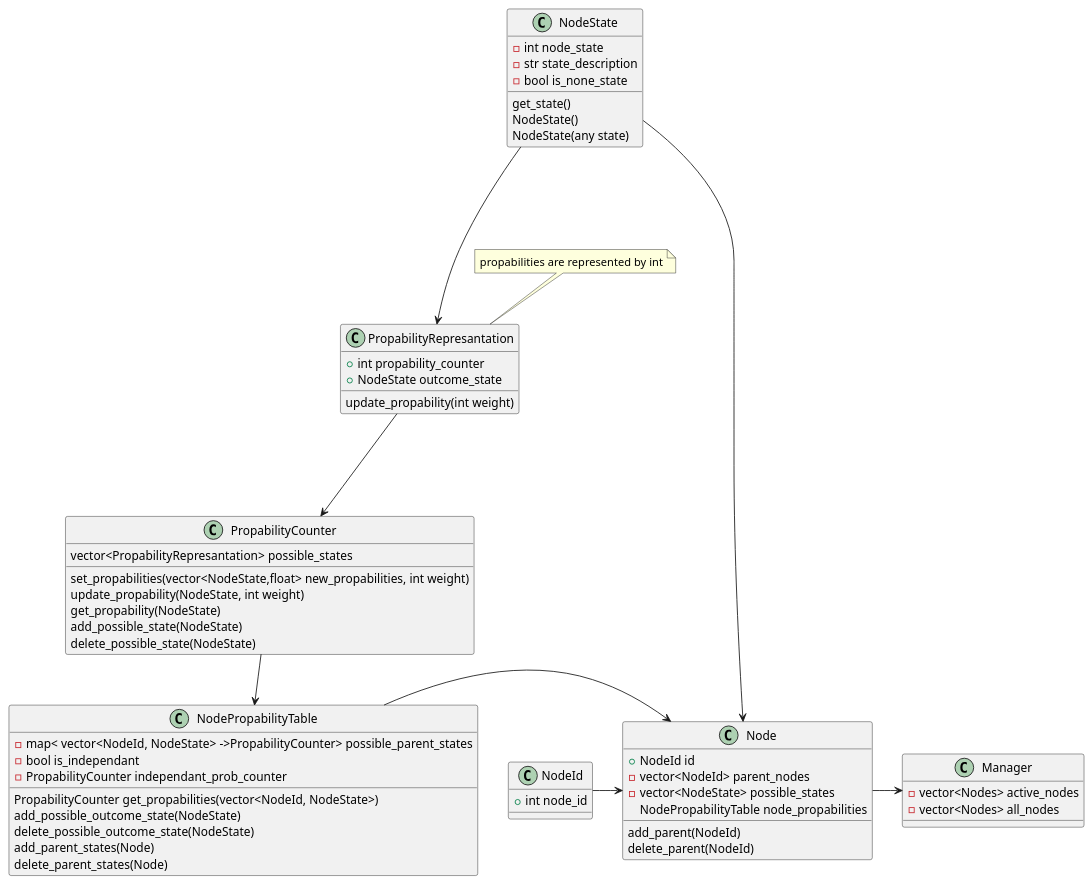
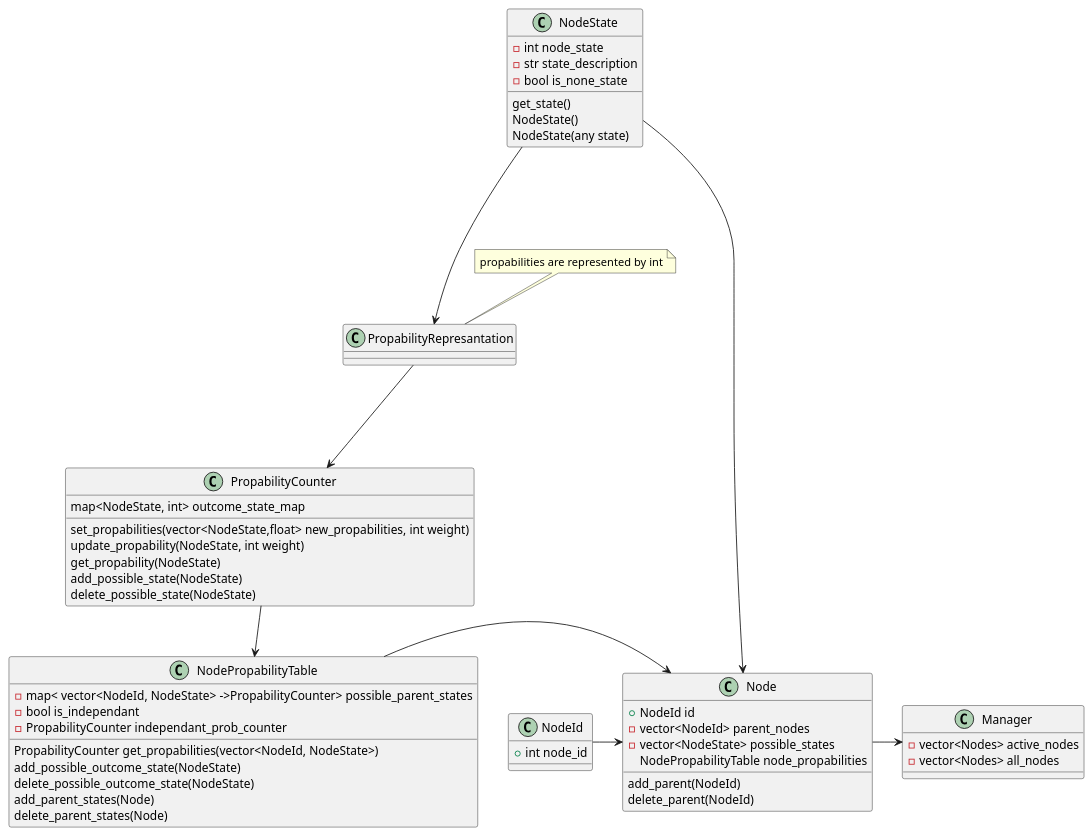
One commit to NimbleStatic/Bayes-Network changed the diagram in class_diagrams.md. Above: the diagram before and after it, drawn with PlantUML. The commit also changed 1 other file, not shown here.

Commit message:
Simplified structure of the propability classes

````diff
--- a/class_diagrams.md
+++ b/class_diagrams.md
@@ -3,78 +3,74 @@
 ```plantuml
 @startuml
     
     class NodeId{
         + int node_id
     }
 
     class NodeState{
         -int node_state
         -str state_description
         -bool is_none_state
         get_state()
         NodeState()
         NodeState(any state)
 
     }
-    class PropabilityRepresantation{
-        +int propability_counter
-        + NodeState outcome_state
 
-        update_propability(int weight)
 
-    }
+    
     class PropabilityCounter{
-        vector<PropabilityRepresantation> possible_states
+        map<NodeState, int> outcome_state_map
         set_propabilities(vector<NodeState,float> new_propabilities, int weight)
         update_propability(NodeState, int weight)
         get_propability(NodeState)
         add_possible_state(NodeState)
         delete_possible_state(NodeState)
 
     }
 
     class NodePropabilityTable{
         -map< vector<NodeId, NodeState> ->PropabilityCounter> possible_parent_states
         - bool is_independant
         - PropabilityCounter independant_prob_counter
         PropabilityCounter get_propabilities(vector<NodeId, NodeState>)
         add_possible_outcome_state(NodeState)
         delete_possible_outcome_state(NodeState)
         add_parent_states(Node)
         delete_parent_states(Node)
 
     }
     
     note "propabilities are represented by int" as n1
     
     
     n1 --> PropabilityRepresantation
     NodeState ----> PropabilityRepresantation
     PropabilityRepresantation ---> PropabilityCounter
     PropabilityCounter -->NodePropabilityTable
     
 
     class Node{
         + NodeId id
         - vector<NodeId> parent_nodes
         - vector<NodeState> possible_states
         NodePropabilityTable node_propabilities
         add_parent(NodeId)
         delete_parent(NodeId)
 
 
     }
     NodePropabilityTable -> Node
     NodeId -> Node
     NodeState -> Node
 
     class Manager{
         -vector<Nodes> active_nodes
         -vector<Nodes> all_nodes
 
     }
 
     Node -> Manager
 
 @enduml
 ```
````
